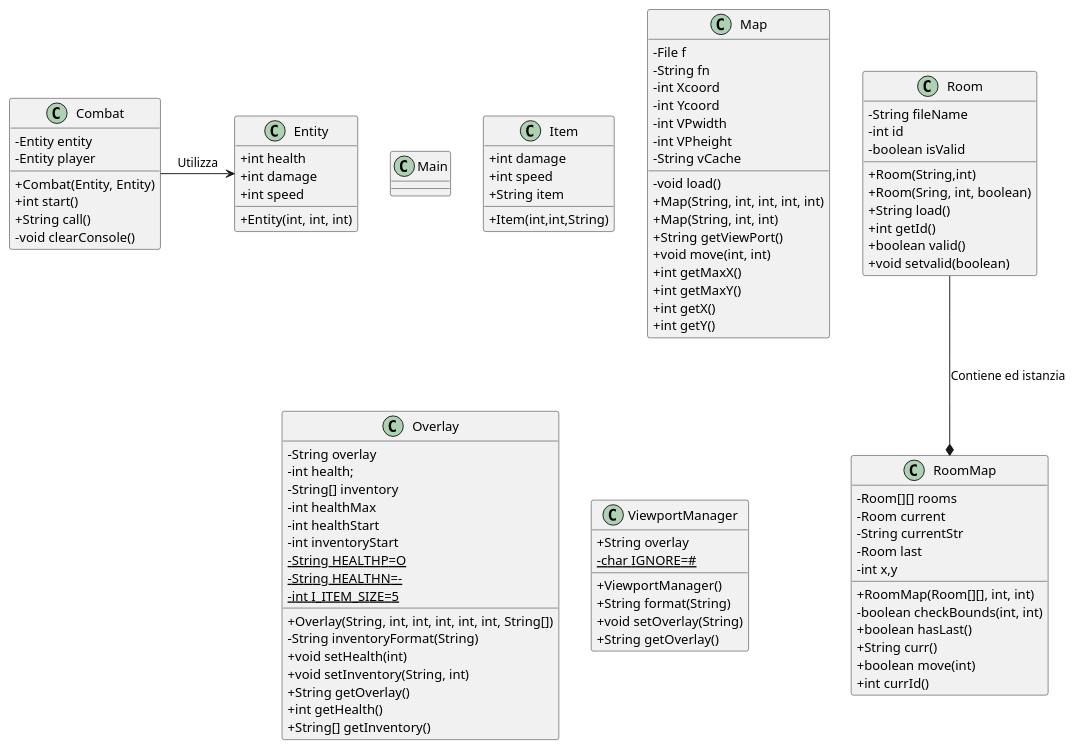
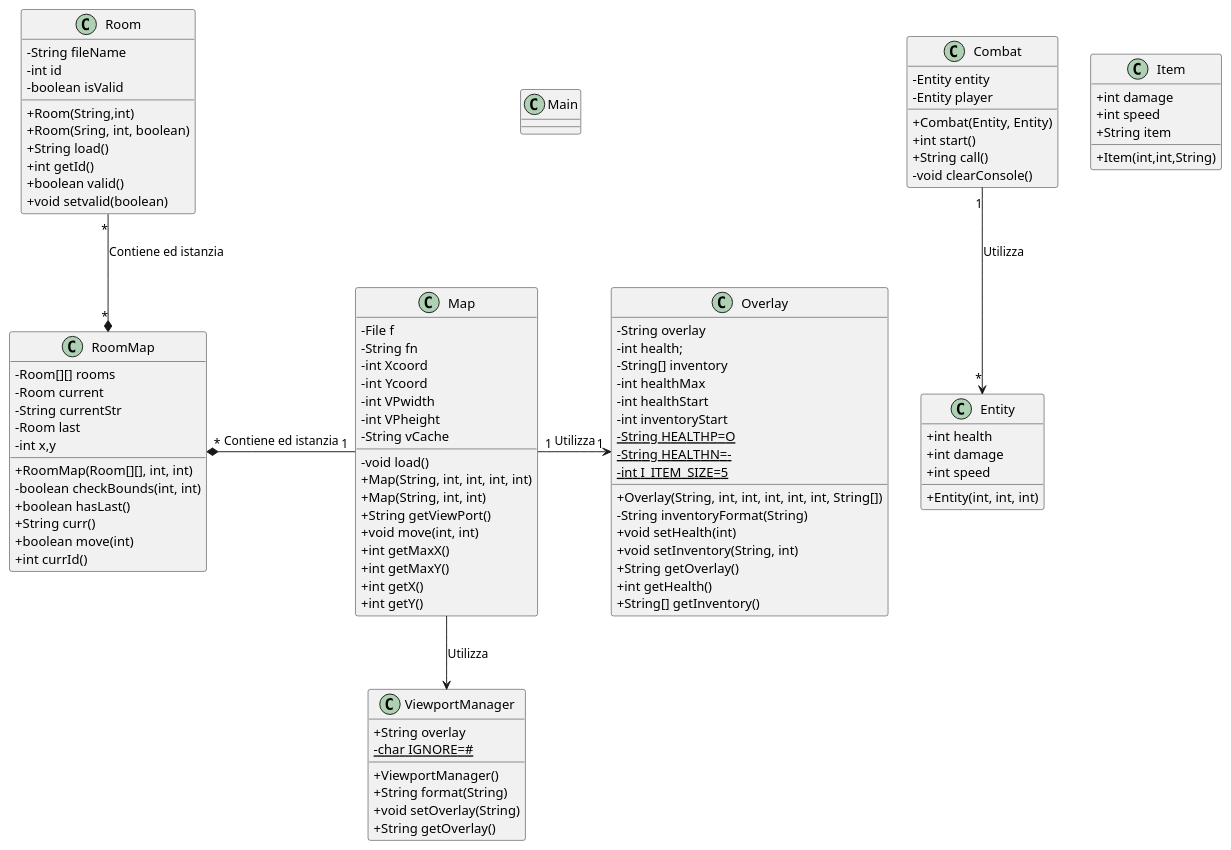
Before and after one commit to 1smaa/progettoedids: the diagram in ClassDiagram.md, drawn with PlantUML. The commit also changed other lines of this file, not shown here.

````diff
--- a/ClassDiagram.md
+++ b/ClassDiagram.md
@@ -11,6 +11,7 @@
 class Main {
 
 }
+
 
 class Entity {
     + int health
@@ -108,9 +109,11 @@
     - void clearConsole()
 }
 
-Room  -down-*  RoomMap : Contiene ed istanzia
-Combat -right-> Entity : Utilizza
+Room "*" -down-* "*"  RoomMap : Contiene ed istanzia
+Combat "1" -down-> "*" Entity : Utilizza
+Map -down-> ViewportManager : Utilizza
+Map "1" -left-* "*" RoomMap : Contiene ed istanzia
+Map "1" -right-> "1" Overlay : Utilizza
 
 @enduml
-
 ```
````
